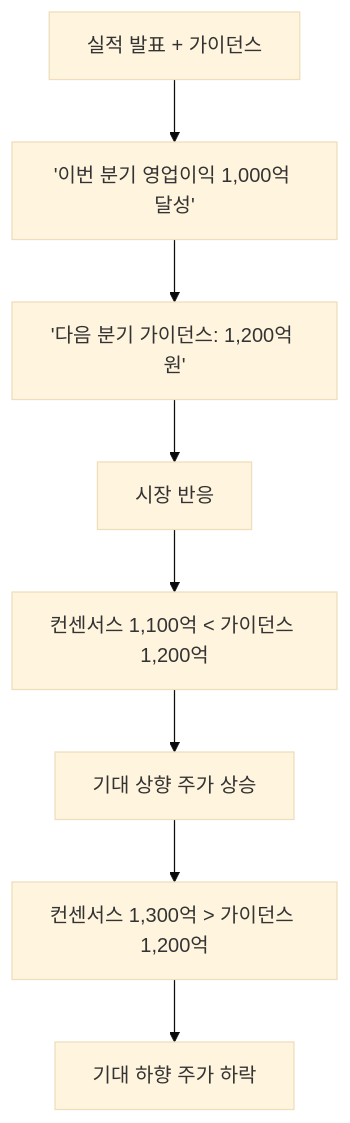
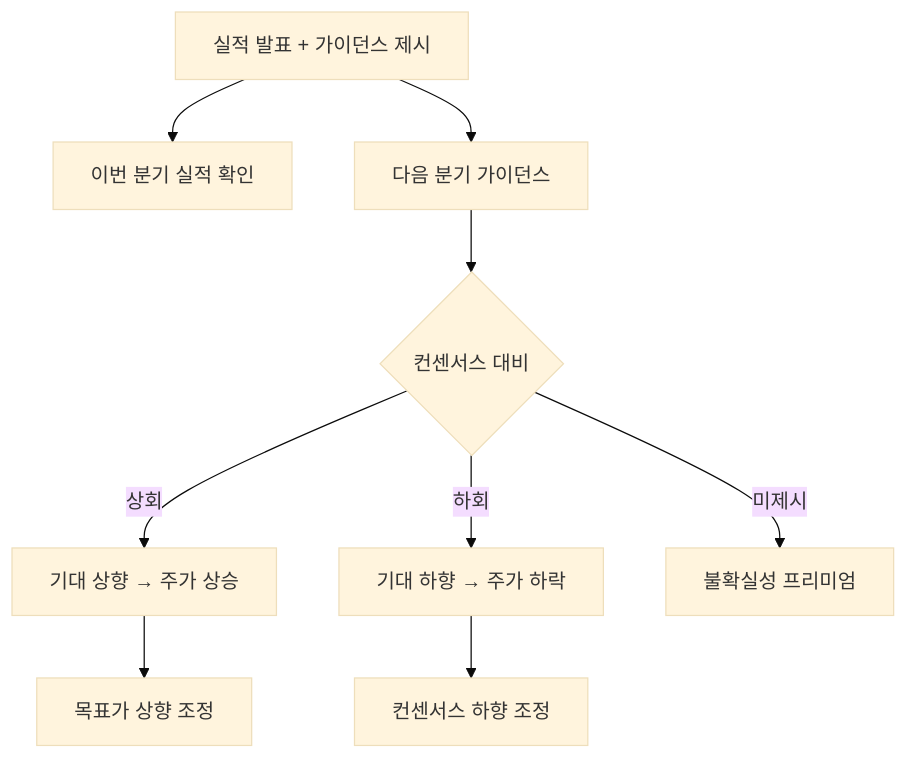
Before and after one commit to yeongseon/stock-visual-note: the diagram in content/stock-terms/ko/level-08-industry-macro/guidance.md, drawn with Mermaid (base theme). The commit also changed other lines of this file and 96 other files, not shown here.

Commit message:
Rewrite all 98 remaining articles: branching Mermaid diagrams, natural search_intent, compelling seo_titles, clean descriptions

````diff
--- a/content/stock-terms/ko/level-08-industry-macro/guidance.md
+++ b/content/stock-terms/ko/level-08-industry-macro/guidance.md
@@ -42,18 +42,12 @@
 ```mermaid
 graph TD
-    N0["실적 발표 + 가이던스"]
-    N1["'이번 분기 영업이익 1,000억 달성'"]
-    N2["'다음 분기 가이던스: 1,200억 원'"]
-    N3["시장 반응"]
-    N4["컨센서스 1,100억 < 가이던스 1,200억"]
-    N5["기대 상향 주가 상승"]
-    N6["컨센서스 1,300억 > 가이던스 1,200억"]
-    N7["기대 하향 주가 하락"]
-    N0 --> N1
-    N1 --> N2
-    N2 --> N3
-    N3 --> N4
-    N4 --> N5
-    N5 --> N6
-    N6 --> N7
+    A["실적 발표 + 가이던스 제시"]
+    A --> B["이번 분기 실적 확인"]
+    A --> C["다음 분기 가이던스"]
+    C --> D{"컨센서스 대비"}
+    D -->|"상회"| E["기대 상향 → 주가 상승"]
+    D -->|"하회"| F["기대 하향 → 주가 하락"]
+    D -->|"미제시"| G["불확실성 프리미엄"]
+    E --> H["목표가 상향 조정"]
+    F --> I["컨센서스 하향 조정"]
 ```
````
